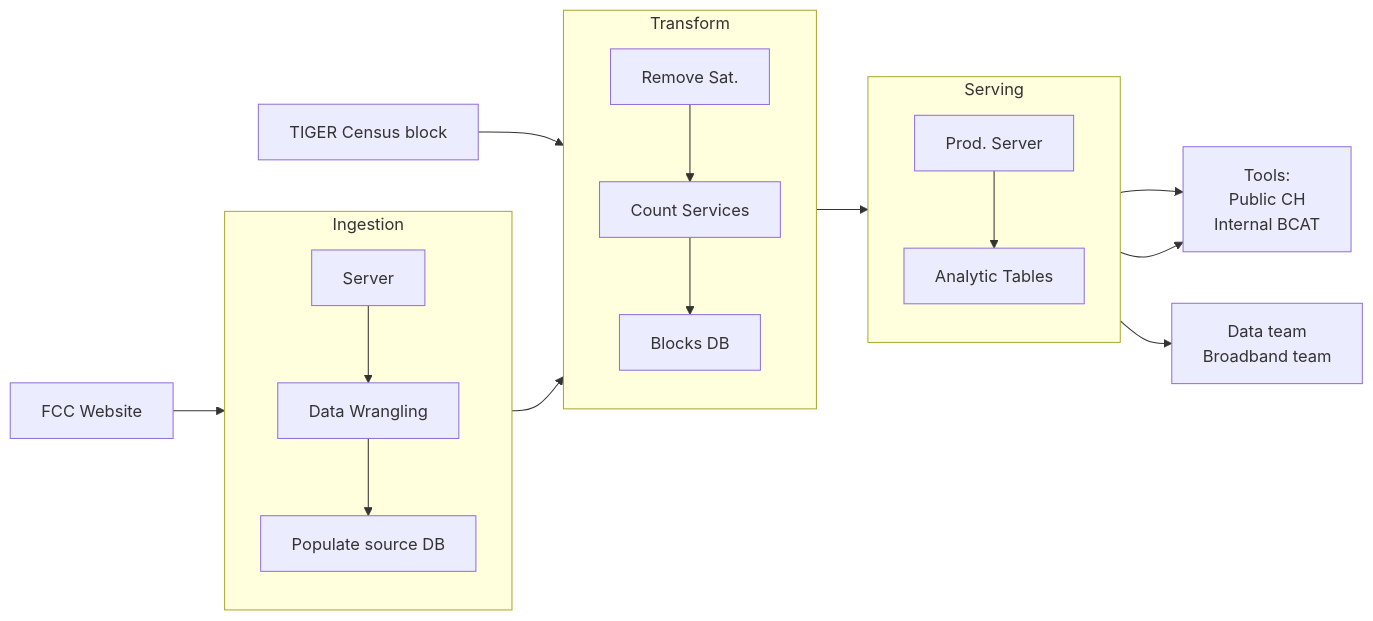
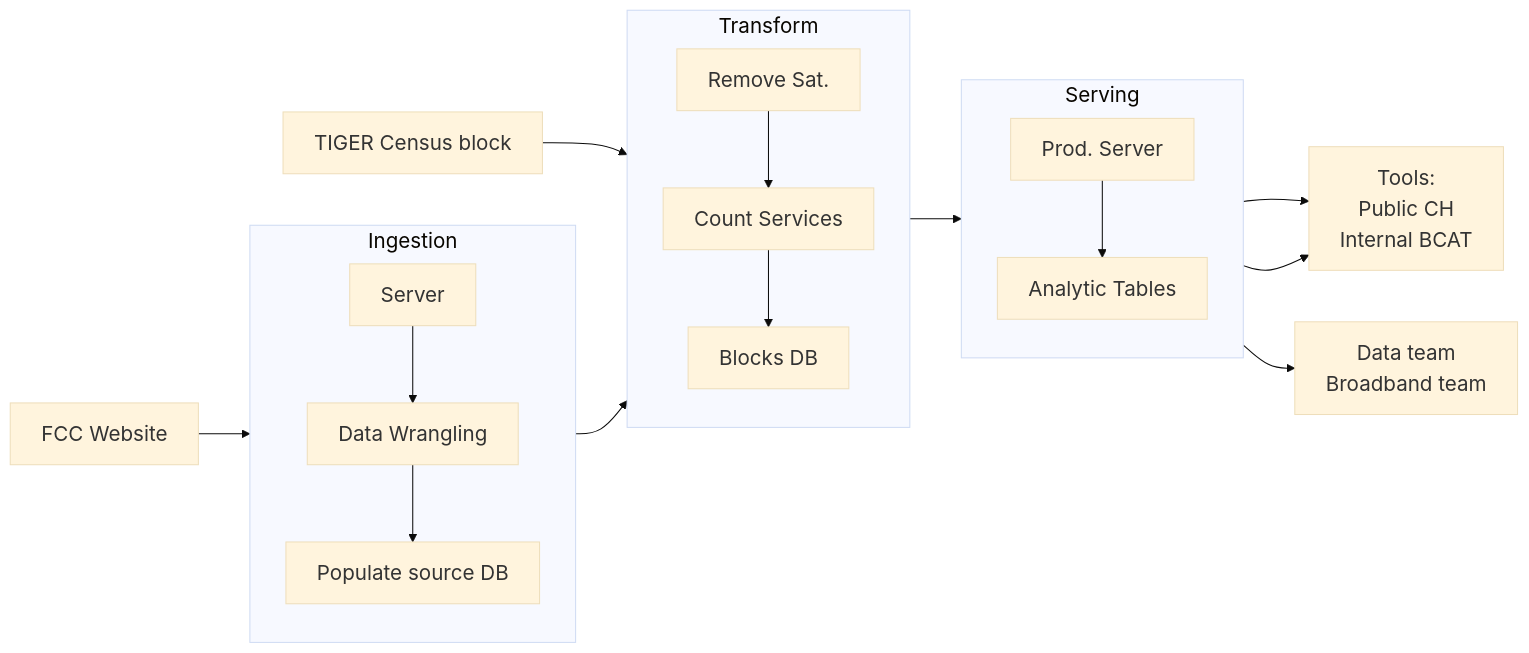
The diagram in URISA_2023.qmd (ruralinnovation/conf_URISA_2023), drawn with Mermaid before and after one commit. The commit also changed other lines of this file and 28 other files, not shown here.

````diff
--- a/URISA_2023.qmd
+++ b/URISA_2023.qmd
@@ -120,24 +118,25 @@
 ```{mermaid}
+%%{init: {'theme': 'base', 'themeVariables': { 'fontSize': '20px', 'fontFamily': 'Bitter'}}}%%
 flowchart LR
     A1[FCC Website] --> B1[Server]
     A2[TIGER Census block] --> C2
     subgraph Ingestion
     direction TB
     B1--> B2[Data Wrangling]
     B2--> B3[Populate source DB]
     end
     subgraph Transform
     direction TB
     C1[Remove Sat.]--> C2[Count Services]
     C2 --> C3[Blocks DB]
     end
     subgraph Serving
     direction TB
     D1[Prod. Server] --> D2[Analytic Tables]
     end
     Ingestion --> Transform
     C3 --> D1
     D1--> E1[Tools: <Br> Public CH <BR> Internal BCAT]
     D2--> E1
     D2 --> E4[Data team <BR> Broadband team]
 ```
````
